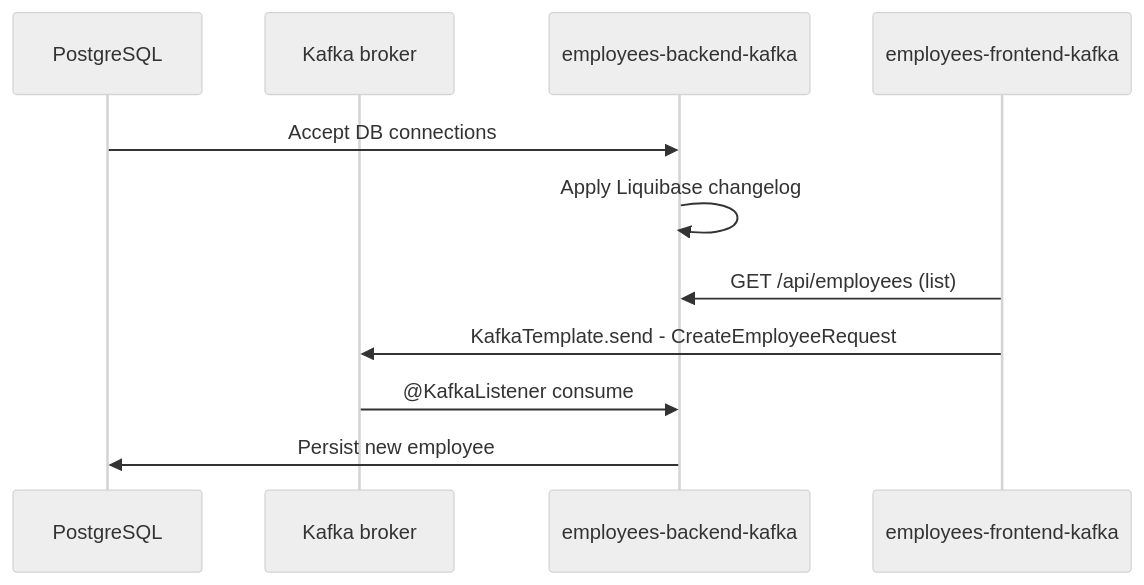
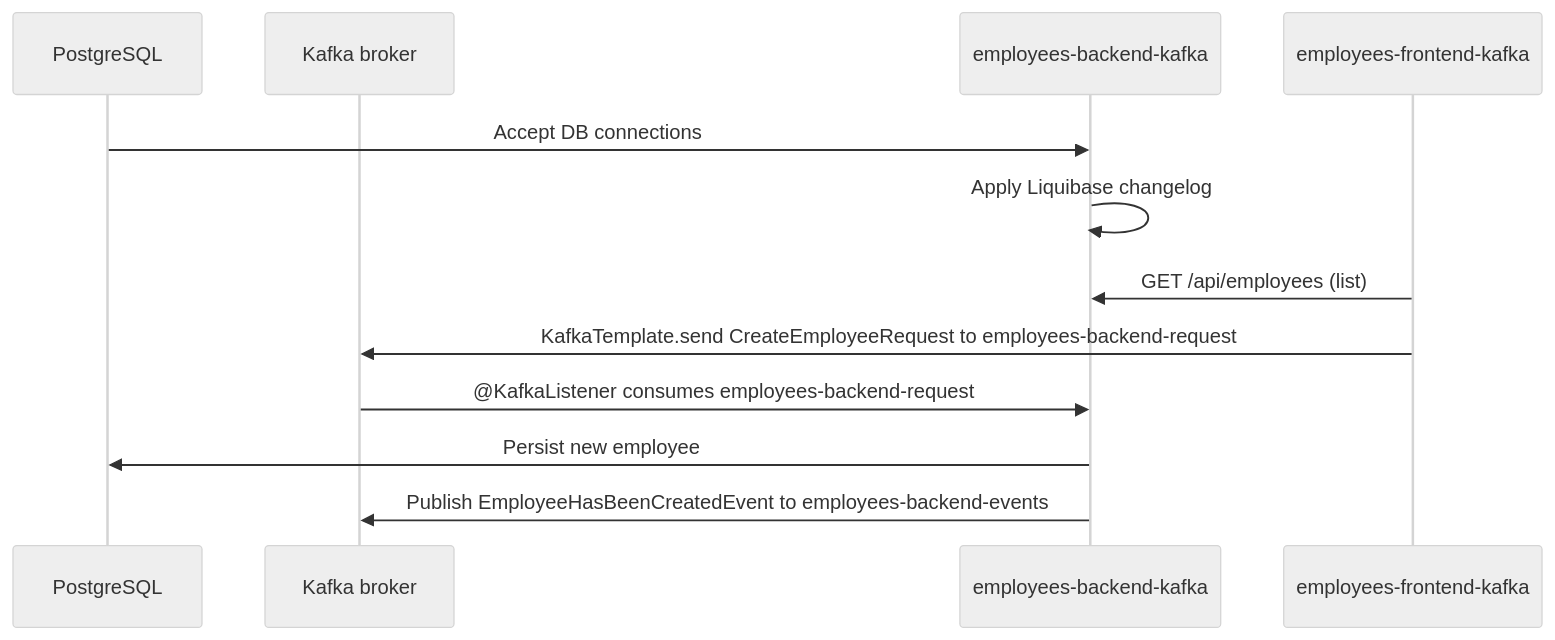
The seventh of 9 diagrams in README.md (CSonTi04/javax-sc-2026-05-06), drawn with Mermaid (neutral theme) before and after one commit. The commit also changed other lines of this file, not shown here.

Commit message:
feat: update README to include Stream plus Avro pair and clarify Kafka interactions

````diff
--- a/README.md
+++ b/README.md
@@ -233,14 +249,15 @@
 ```mermaid
 sequenceDiagram
     participant DB as PostgreSQL
     participant K as Kafka broker
     participant BEK as employees-backend-kafka
     participant FEK as employees-frontend-kafka
 
     DB->>BEK: Accept DB connections
     BEK->>BEK: Apply Liquibase changelog
     FEK->>BEK: GET /api/employees (list)
-    FEK->>K: KafkaTemplate.send - CreateEmployeeRequest
-    K->>BEK: @KafkaListener consume
+    FEK->>K: KafkaTemplate.send CreateEmployeeRequest to employees-backend-request
+    K->>BEK: @KafkaListener consumes employees-backend-request
     BEK->>DB: Persist new employee
+    BEK->>K: Publish EmployeeHasBeenCreatedEvent to employees-backend-events
 ```
````
